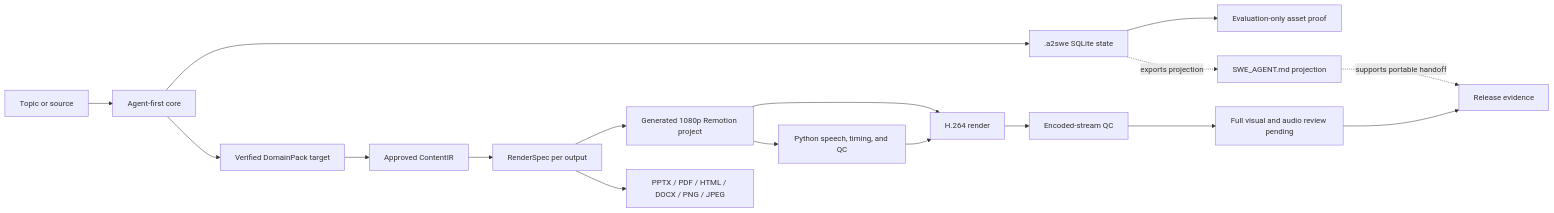
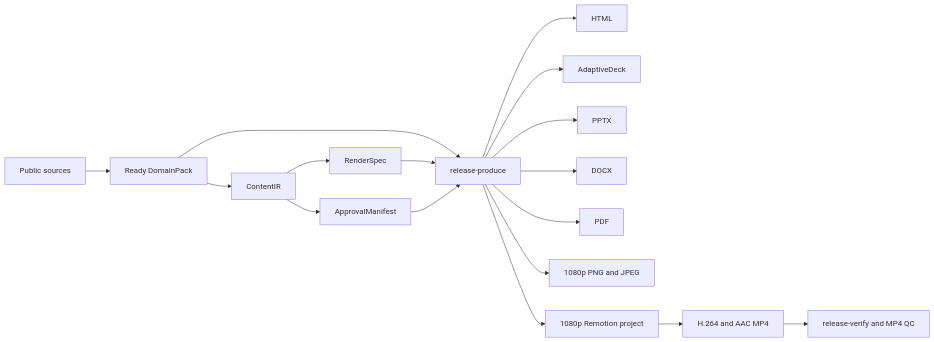
The diagram in docs/content/architecture/system-overview.md (dayour/a2swe), drawn with Mermaid before and after one commit. The commit also changed other lines of this file and 44 other files, not shown here.

````diff
--- a/docs/content/architecture/system-overview.md
+++ b/docs/content/architecture/system-overview.md
@@ -17,19 +12,19 @@
 ```mermaid
 flowchart LR
-  Request[Topic or source] --> Core[Agent-first core]
-  Core --> Store[.a2swe SQLite state]
-  Store --> Proof[Evaluation-only asset proof]
-  Core --> Domain[Verified DomainPack target]
-  Domain --> ContentIR[Approved ContentIR]
-  ContentIR --> RenderSpec[RenderSpec per output]
-  RenderSpec --> Remotion[Generated 1080p Remotion project]
-  RenderSpec --> Outputs[PPTX / PDF / HTML / DOCX / PNG / JPEG]
-  Remotion --> Encode[H.264 render]
-  Remotion --> Python[Python speech, timing, and QC]
-  Python --> Encode
-  Encode --> QC[Encoded-stream QC]
-  QC --> Review[Full visual and audio review pending]
-  Review --> Delivery[Release evidence]
-  Store -. exports projection .-> Ledger[SWE_AGENT.md projection]
-  Ledger -. supports portable handoff .-> Delivery
+  Sources[Public sources] --> Domain[Ready DomainPack]
+  Domain --> ContentIR[ContentIR]
+  ContentIR --> RenderSpec[RenderSpec]
+  ContentIR --> Approval[ApprovalManifest]
+  Domain --> Release[release-produce]
+  RenderSpec --> Release
+  Approval --> Release
+  Release --> Html[HTML]
+  Release --> Deck[AdaptiveDeck]
+  Release --> Pptx[PPTX]
+  Release --> Docx[DOCX]
+  Release --> Pdf[PDF]
+  Release --> Raster[1080p PNG and JPEG]
+  Release --> Remotion[1080p Remotion project]
+  Remotion --> Mp4[H.264 and AAC MP4]
+  Mp4 --> Verify[release-verify and MP4 QC]
 ```
````
